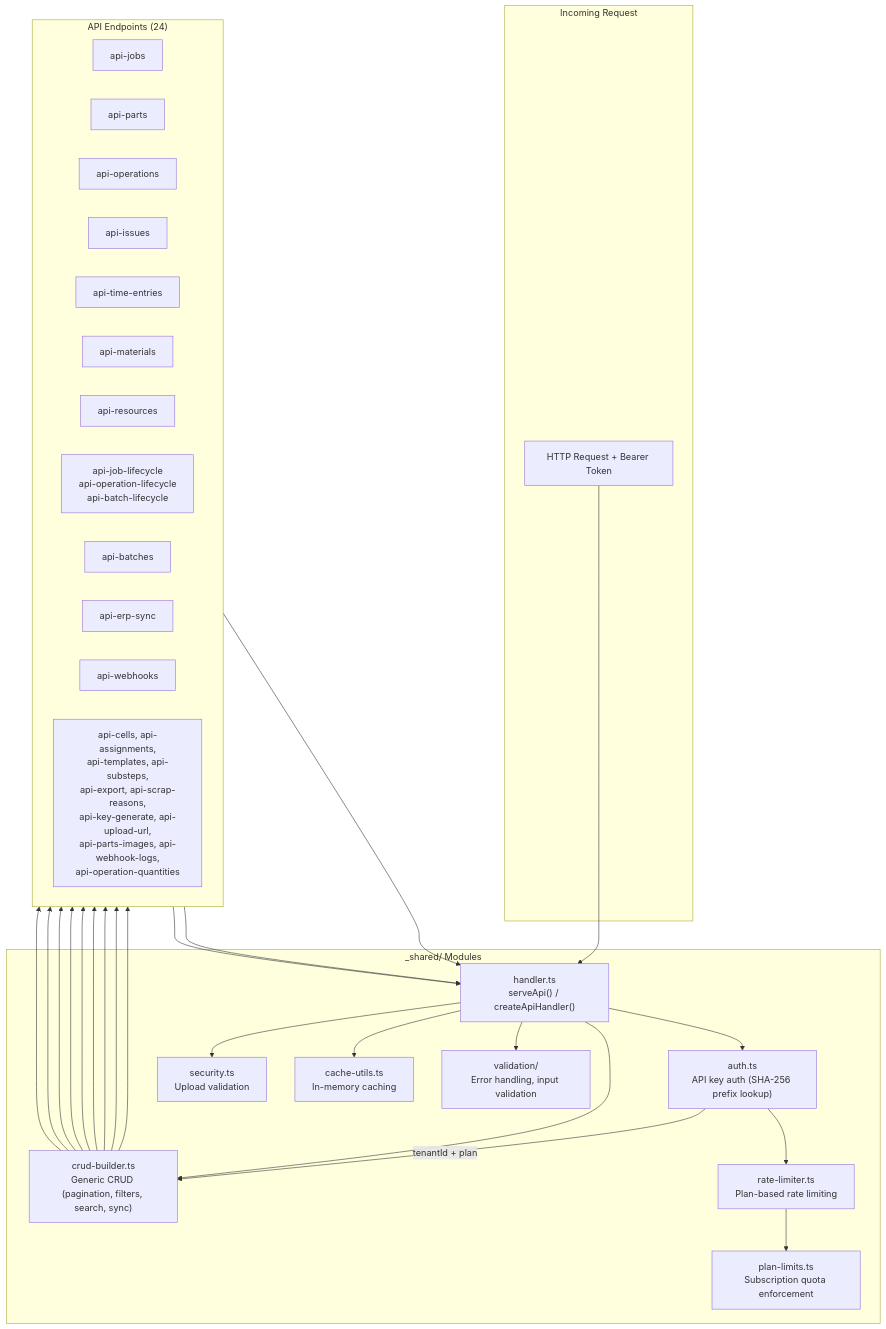
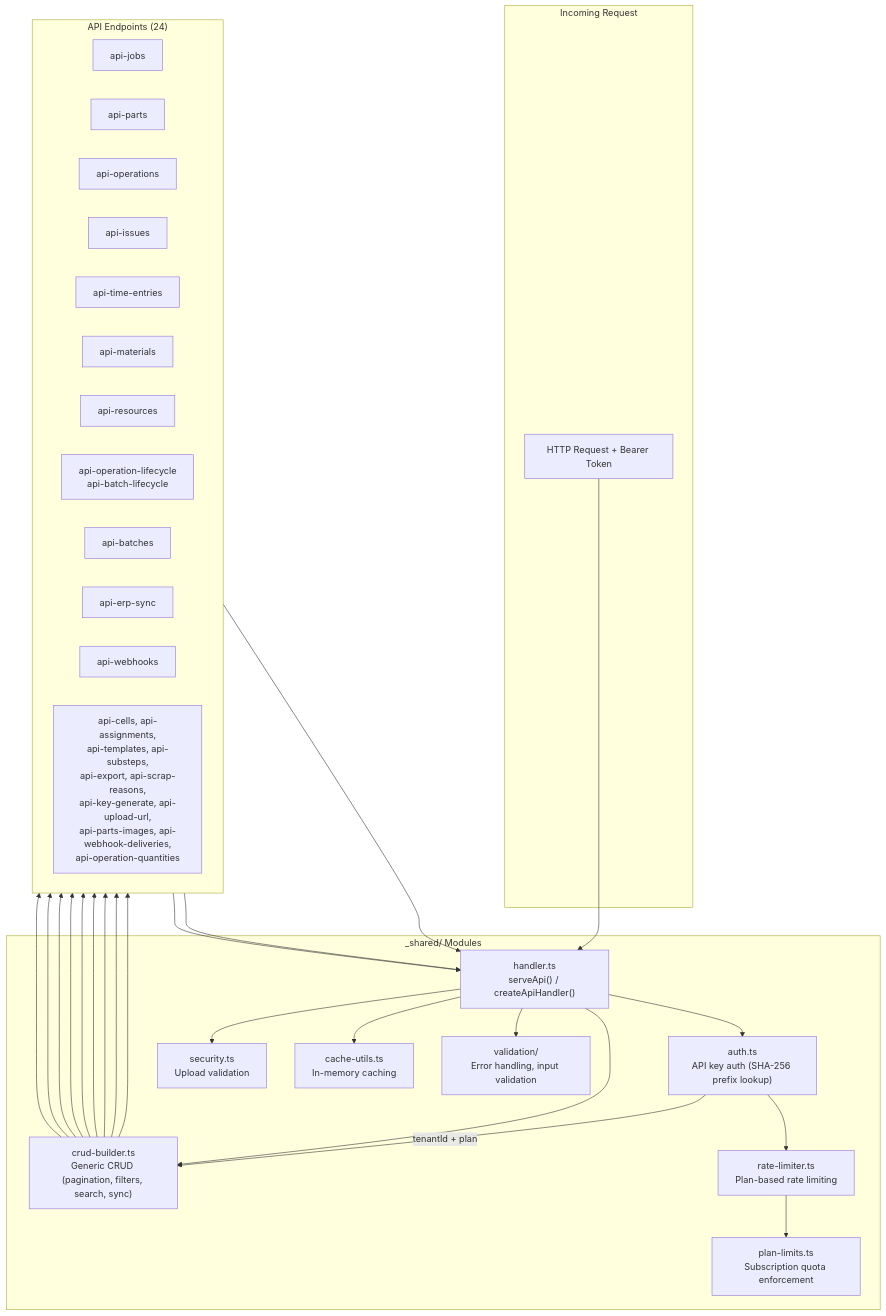
The third of 6 diagrams in docs/ARCHITECTURE.md (SheetMetalConnect/eryxon-flow), drawn with Mermaid before and after one commit. The commit also changed other lines of this file and 80 other files, not shown here.

````diff
--- a/docs/ARCHITECTURE.md
+++ b/docs/ARCHITECTURE.md
@@ -96,45 +96,45 @@
 ```mermaid
 graph TB
     subgraph Request["Incoming Request"]
         HTTP["HTTP Request + Bearer Token"]
     end
 
     subgraph SharedLayer["_shared/ Modules"]
         handler["handler.ts<br/>serveApi() / createApiHandler()"]
         auth["auth.ts<br/>API key auth (SHA-256 prefix lookup)"]
         crud["crud-builder.ts<br/>Generic CRUD (pagination, filters, search, sync)"]
         plans["plan-limits.ts<br/>Subscription quota enforcement"]
         security["security.ts<br/>Upload validation"]
         rateLimit["rate-limiter.ts<br/>Plan-based rate limiting"]
         cache["cache-utils.ts<br/>In-memory caching"]
         validation["validation/<br/>Error handling, input validation"]
     end
 
     subgraph Endpoints["API Endpoints (24)"]
         direction LR
         jobs[api-jobs]
         parts[api-parts]
         ops[api-operations]
         issues[api-issues]
         time[api-time-entries]
         materials[api-materials]
         resources[api-resources]
-        lifecycle["api-job-lifecycle<br/>api-operation-lifecycle<br/>api-batch-lifecycle"]
+        lifecycle["api-operation-lifecycle<br/>api-batch-lifecycle"]
         batches[api-batches]
         sync[api-erp-sync]
         webhooks[api-webhooks]
-        other["api-cells, api-assignments,<br/>api-templates, api-substeps,<br/>api-export, api-scrap-reasons,<br/>api-key-generate, api-upload-url,<br/>api-parts-images, api-webhook-logs,<br/>api-operation-quantities"]
+        other["api-cells, api-assignments,<br/>api-templates, api-substeps,<br/>api-export, api-scrap-reasons,<br/>api-key-generate, api-upload-url,<br/>api-parts-images, api-webhook-deliveries,<br/>api-operation-quantities"]
     end
 
     HTTP --> handler
     handler --> auth --> rateLimit --> plans
     auth -->|"tenantId + plan"| crud
     handler --> crud
     crud --> jobs & parts & ops & issues & time & materials & resources & batches & other
     lifecycle --> handler
     sync --> handler
     webhooks --> handler
     handler --> validation
     handler --> cache
     handler --> security
 ```
````
